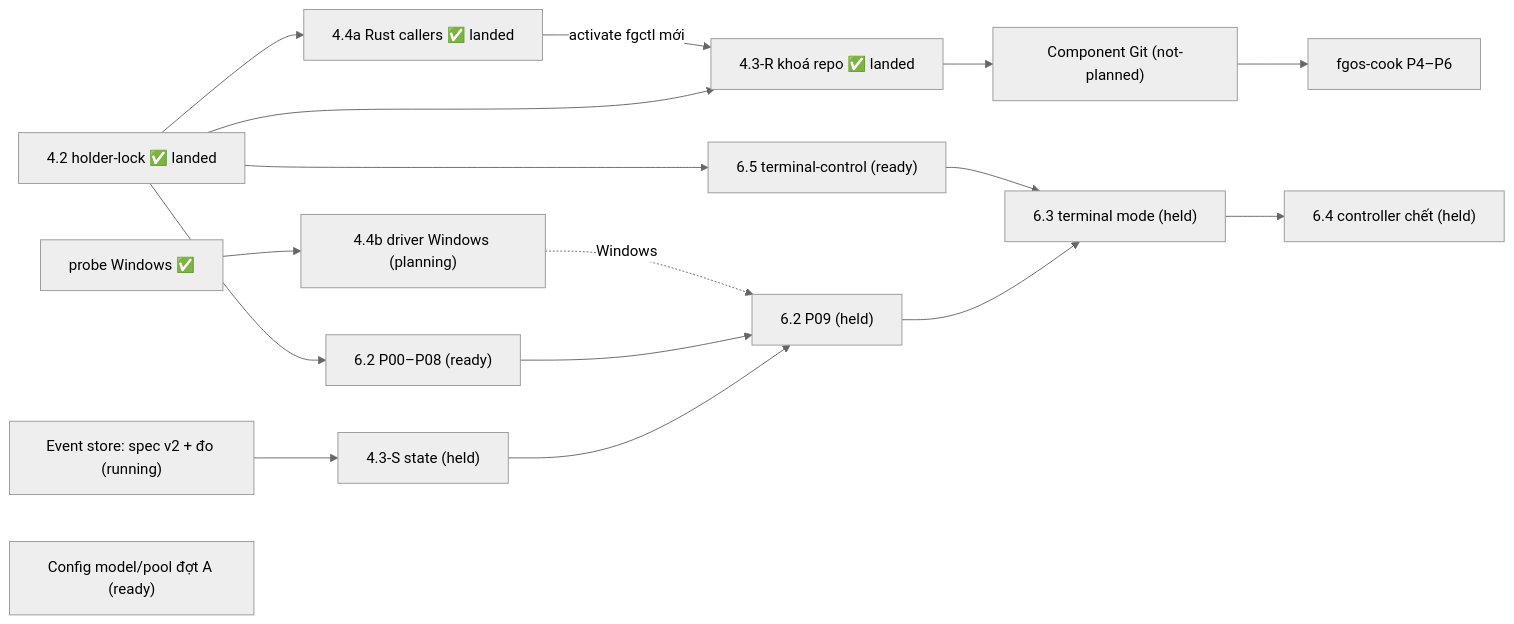
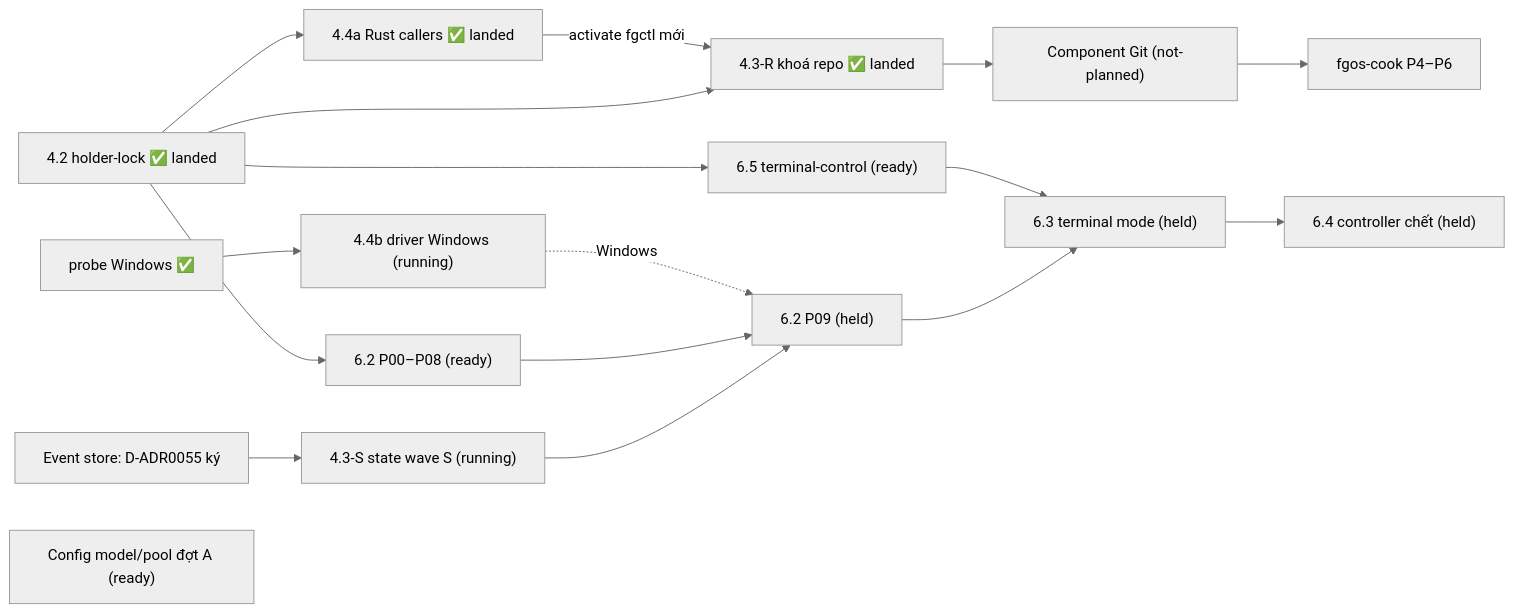
Before and after one commit to vantt/forgent: the diagram in plans/261017-1313-fgos-platform-program-board/plan.md, drawn with Mermaid (neutral theme). The commit also changed other lines of this file and 2 other files, not shown here.

Commit message:
docs(plan): re-cut the main door state part as wave S from main and run the Windows driver in parallel

````diff
--- a/plans/261017-1313-fgos-platform-program-board/plan.md
+++ b/plans/261017-1313-fgos-platform-program-board/plan.md
@@ -53,19 +53,19 @@
 ```mermaid
 flowchart LR
   L42["4.2 holder-lock ✅ landed"] --> L44a["4.4a Rust callers ✅ landed"]
   L42 --> L43R["4.3-R khoá repo ✅ landed"]
   L42 --> L65["6.5 terminal-control (ready)"]
   L42 --> L62a["6.2 P00–P08 (ready)"]
   L44a -->|activate fgctl mới| L43R
-  ES["Event store: spec v2 + đo (running)"] --> L43S["4.3-S state (held)"]
+  ES["Event store: D-ADR0055 ký"] --> L43S["4.3-S state wave S (running)"]
   L43S --> L62b["6.2 P09 (held)"]
   L62a --> L62b
   L62b --> L63["6.3 terminal mode (held)"]
   L65 --> L63
   L63 --> L64["6.4 controller chết (held)"]
-  PROBE["probe Windows ✅"] --> L44b["4.4b driver Windows (planning)"]
+  PROBE["probe Windows ✅"] --> L44b["4.4b driver Windows (running)"]
   L44b -.Windows.-> L62b
   L43R --> GIT["Component Git (not-planned)"]
   GIT --> COOK["fgos-cook P4–P6"]
   MPA["Config model/pool đợt A (ready)"]
 ```
````
